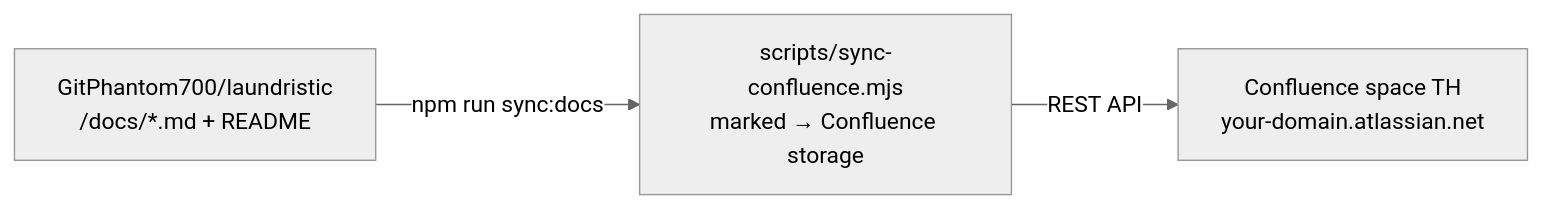
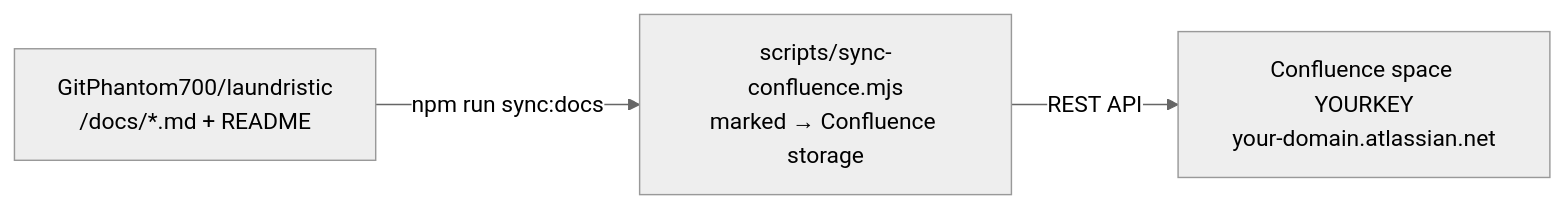
One commit to GitPhantom700/laundristic-p1 changed the fourth of 4 diagrams in docs/DEPLOYMENT.md. Above: the diagram before and after it, drawn with Mermaid (neutral theme). The commit also changed 12 other files, not shown here.

````diff
--- a/docs/DEPLOYMENT.md
+++ b/docs/DEPLOYMENT.md
@@ -176,9 +176,9 @@
 ```mermaid
 flowchart LR
     Repo[GitPhantom700/laundristic<br/>/docs/*.md + README]
     Script[scripts/sync-confluence.mjs<br/>marked → Confluence storage]
-    CF[Confluence space TH<br/>your-domain.atlassian.net]
+    CF[Confluence space YOURKEY<br/>your-domain.atlassian.net]
 
     Repo -->|npm run sync:docs| Script
     Script -->|REST API| CF
 ```
````
